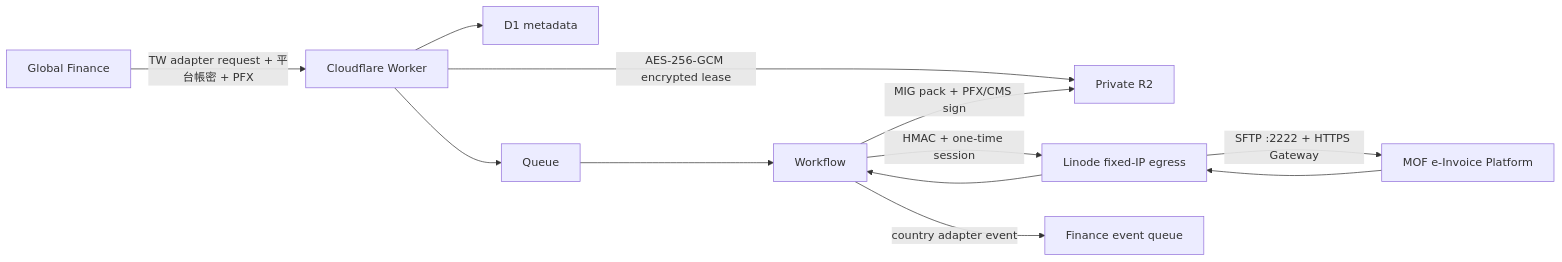
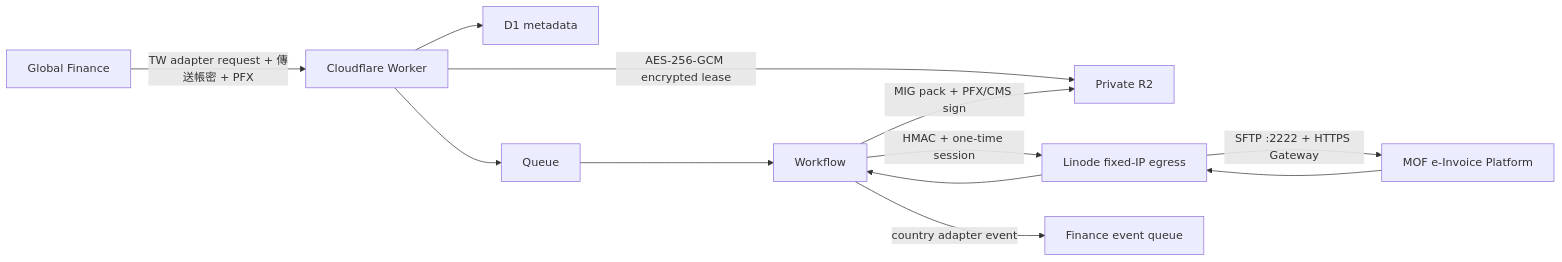
Before and after one commit to SENTRY-Security/Turnkey-Serverless: the diagram in README.md, drawn with Mermaid. The commit also changed other lines of this file and 11 other files, not shown here.

````diff
--- a/README.md
+++ b/README.md
@@ -11,13 +11,13 @@
 ```mermaid
 flowchart LR
-  F["Global Finance"] -->|"TW adapter request + 平台帳密 + PFX"| W["Cloudflare Worker"]
+  F["Global Finance"] -->|"TW adapter request + 傳送帳密 + PFX"| W["Cloudflare Worker"]
   W -->|"AES-256-GCM encrypted lease"| R["Private R2"]
   W --> D["D1 metadata"]
   W --> Q["Queue"]
   Q --> WF["Workflow"]
   WF -->|"MIG pack + PFX/CMS sign"| R
   WF -->|"HMAC + one-time session"| L["Linode fixed-IP egress"]
   L -->|"SFTP :2222 + HTTPS Gateway"| M["MOF e-Invoice Platform"]
   M --> L --> WF
   WF -->|"country adapter event"| FE["Finance event queue"]
 ```
````
